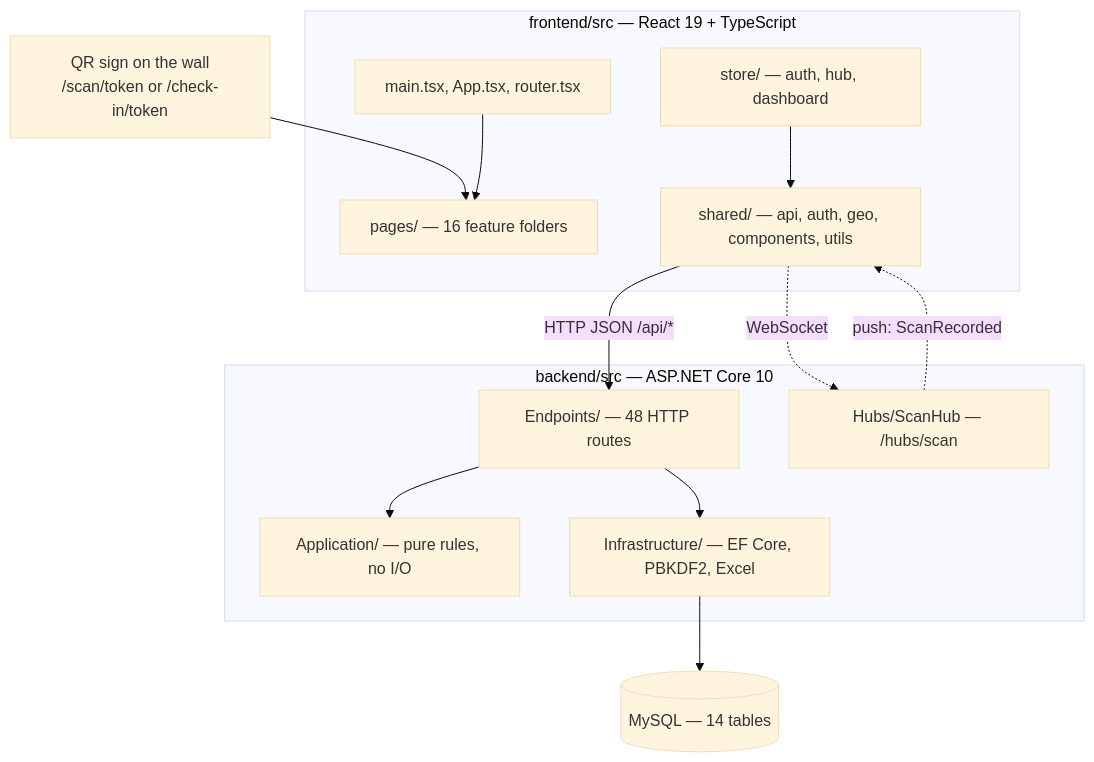
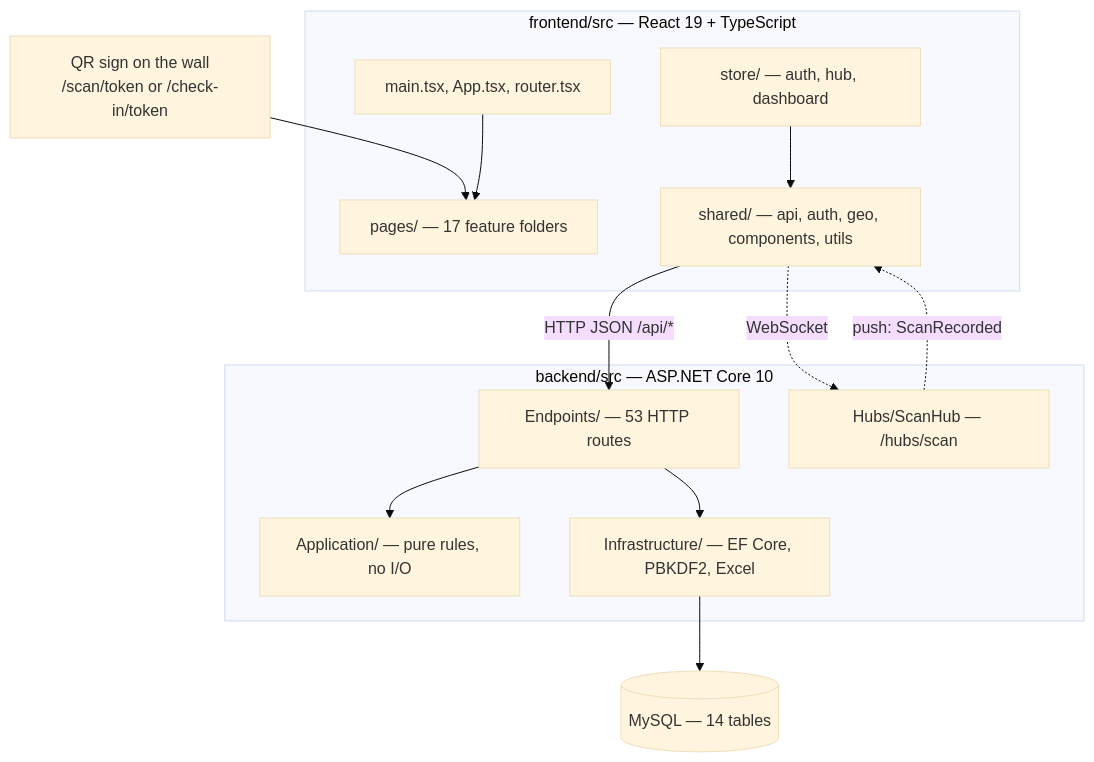
The first of 7 diagrams in docs/code-map.md (ThodsaphonSonthiphin/Facility-Real-time-dashboard), drawn with Mermaid (base theme) before and after one commit. The commit also changed other lines of this file and 4 other files, not shown here.

````diff
--- a/docs/code-map.md
+++ b/docs/code-map.md
@@ -8,25 +8,25 @@
 ```mermaid
 graph TD
     QR["QR sign on the wall<br/>/scan/token or /check-in/token"] --> Pages
     subgraph FE["frontend/src — React 19 + TypeScript"]
-        Pages["pages/ — 16 feature folders"]
+        Pages["pages/ — 17 feature folders"]
         Shared["shared/ — api, auth, geo, components, utils"]
         Router["main.tsx, App.tsx, router.tsx"]
         Store["store/ — auth, hub, dashboard"]
     end
     subgraph BE["backend/src — ASP.NET Core 10"]
-        Endpoints["Endpoints/ — 48 HTTP routes"]
+        Endpoints["Endpoints/ — 53 HTTP routes"]
         Rules["Application/ — pure rules, no I/O"]
         Persist["Infrastructure/ — EF Core, PBKDF2, Excel"]
         Hub["Hubs/ScanHub — /hubs/scan"]
     end
     DB[("MySQL — 14 tables")]
     Shared -->|"HTTP JSON /api/*"| Endpoints
     Shared -.->|"WebSocket"| Hub
     Hub -.->|"push: ScanRecorded"| Shared
     Endpoints --> Rules
     Endpoints --> Persist
     Persist --> DB
     Router --> Pages
     Store --> Shared
 ```
````
